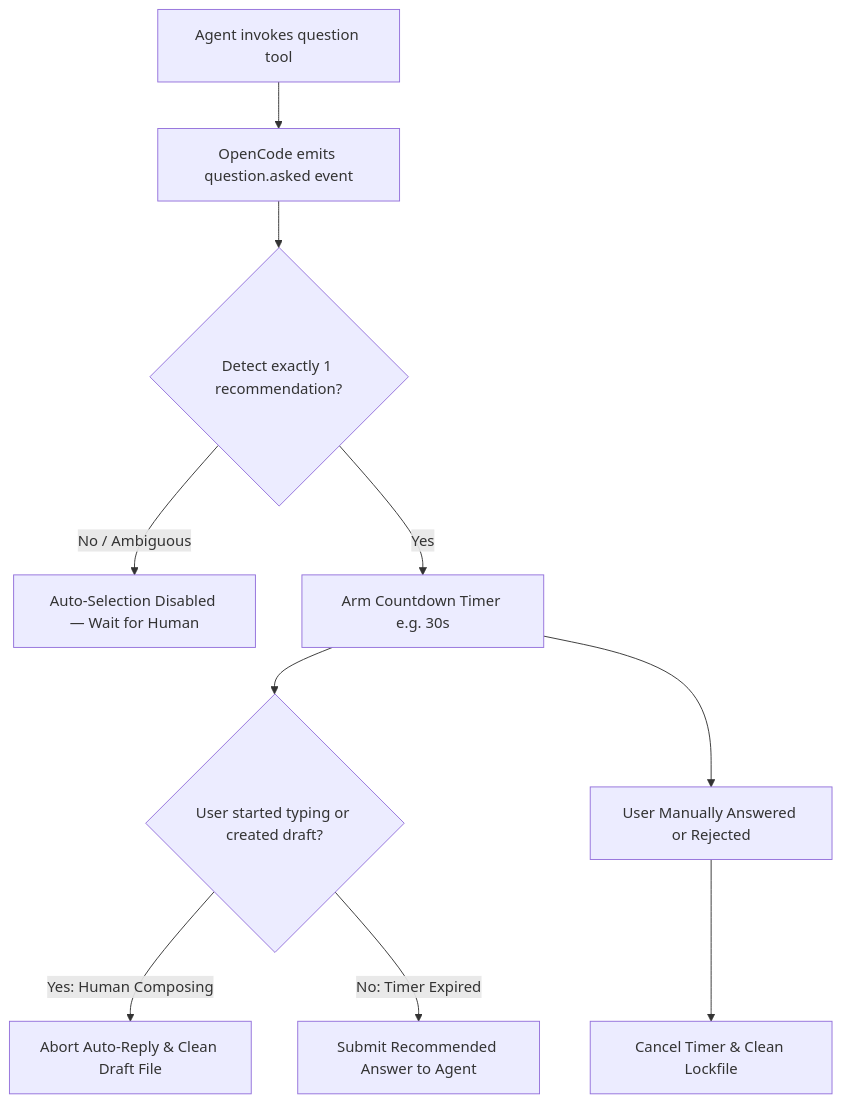
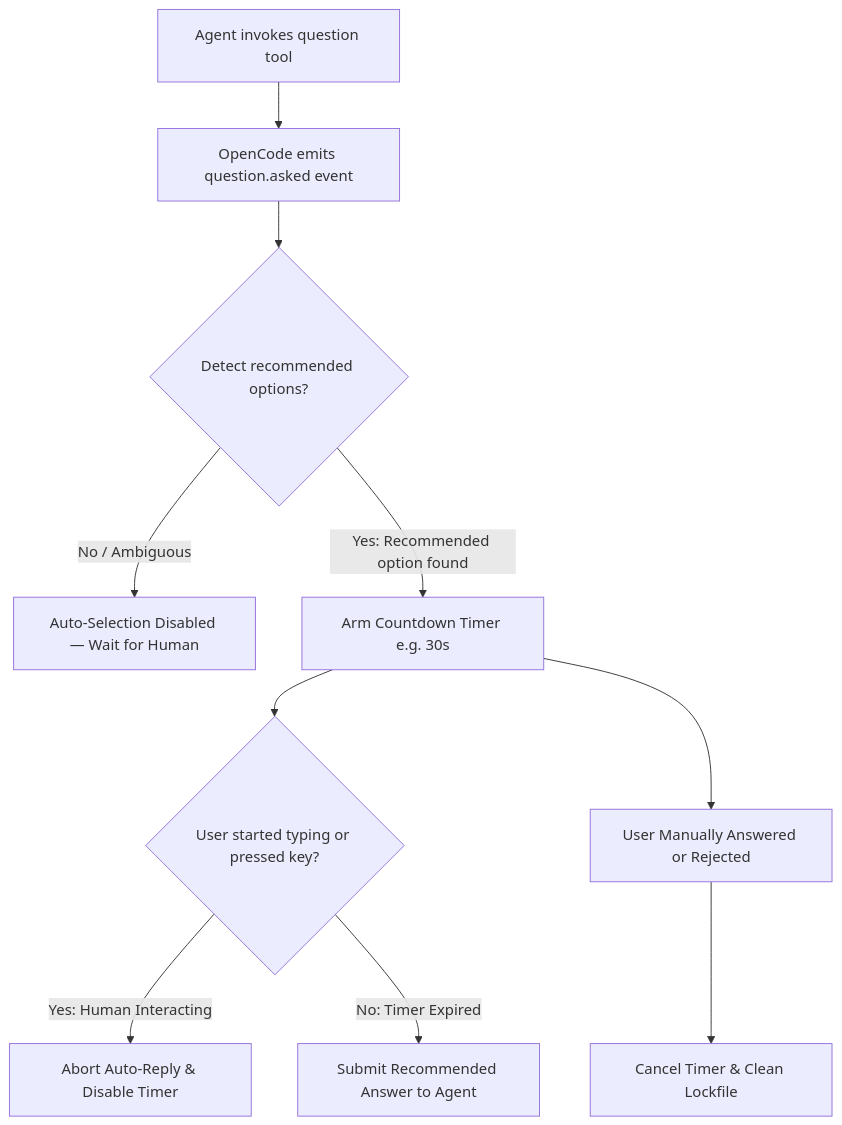
One commit to huseyincig/opencode-smart-questions changed the diagram in README.md. Above: the diagram before and after it, drawn with Mermaid. The commit also changed other lines of this file and 2 other files, not shown here.

````diff
--- a/README.md
+++ b/README.md
@@ -127,12 +120,12 @@
 ```mermaid
 flowchart TD
     A[Agent invokes question tool] --> B[OpenCode emits question.asked event]
-    B --> C{Detect exactly 1 recommendation?}
+    B --> C{Detect recommended options?}
     C -->|No / Ambiguous| D[Auto-Selection Disabled — Wait for Human]
-    C -->|Yes| E[Arm Countdown Timer e.g. 30s]
-    E --> F{User started typing or created draft?}
-    F -->|Yes: Human Composing| G[Abort Auto-Reply & Clean Draft File]
+    C -->|Yes: Recommended option found| E[Arm Countdown Timer e.g. 30s]
+    E --> F{User started typing or pressed key?}
+    F -->|Yes: Human Interacting| G[Abort Auto-Reply & Disable Timer]
     F -->|No: Timer Expired| H[Submit Recommended Answer to Agent]
     E --> I[User Manually Answered or Rejected]
     I --> J[Cancel Timer & Clean Lockfile]
 ```
````
